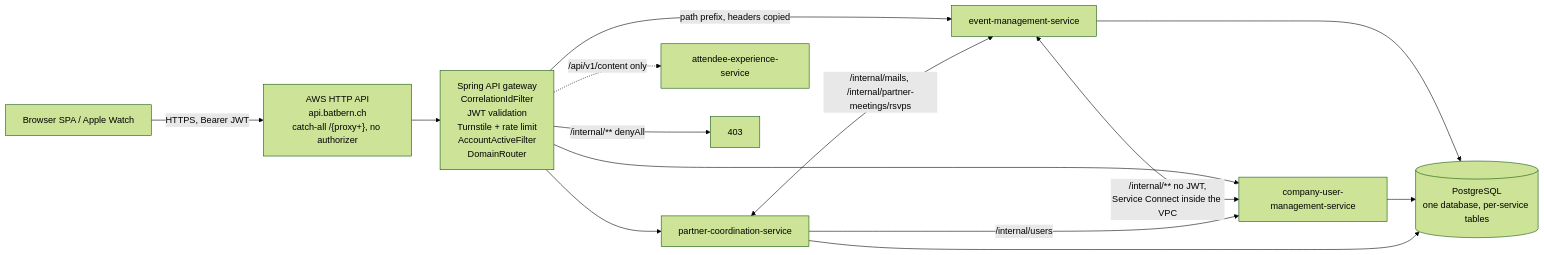
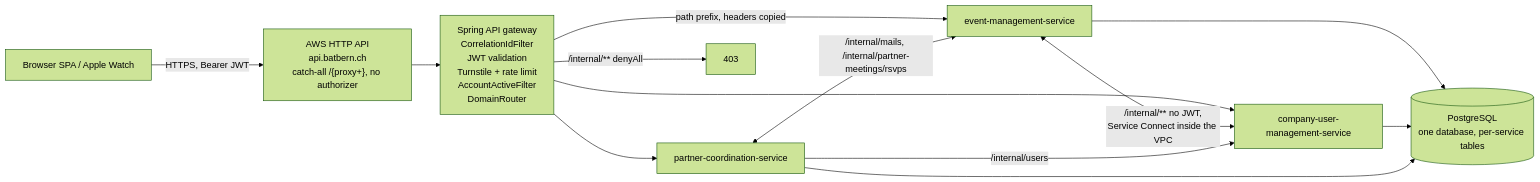
The first of 14 diagrams in docs/architecture/06-backend-architecture.md (nissimbuchs/BATbern2), drawn with Mermaid (forest theme) before and after one commit. The commit also changed other lines of this file and 392 other files, not shown here.

First line of the commit message:
feat(architecture): Epic 17 first batch: test fidelity, dead surface removed, API and module gates (17.0a-17.5, 17.3b) (#1258)

````diff
--- a/docs/architecture/06-backend-architecture.md
+++ b/docs/architecture/06-backend-architecture.md
@@ -19,16 +19,15 @@
 ```mermaid
 flowchart LR
     SPA["Browser SPA / Apple Watch"] -->|"HTTPS, Bearer JWT"| HTTPAPI["AWS HTTP API<br/>api.batbern.ch<br/>catch-all /{proxy+}, no authorizer"]
     HTTPAPI --> GW["Spring API gateway<br/>CorrelationIdFilter<br/>JWT validation<br/>Turnstile + rate limit<br/>AccountActiveFilter<br/>DomainRouter"]
     GW -->|"path prefix, headers copied"| EMS["event-management-service"]
     GW --> CUMS["company-user-management-service"]
     GW --> PCS["partner-coordination-service"]
-    GW -.->|"/api/v1/content only"| AES["attendee-experience-service"]
     GW -->|"/internal/** denyAll"| X["403"]
     EMS <-->|"/internal/** no JWT,<br/>Service Connect inside the VPC"| CUMS
     PCS -->|"/internal/users"| CUMS
     PCS <-->|"/internal/mails, /internal/partner-meetings/rsvps"| EMS
     EMS --> DB[("PostgreSQL<br/>one database, per-service tables")]
     CUMS --> DB
     PCS --> DB
 ```
````
